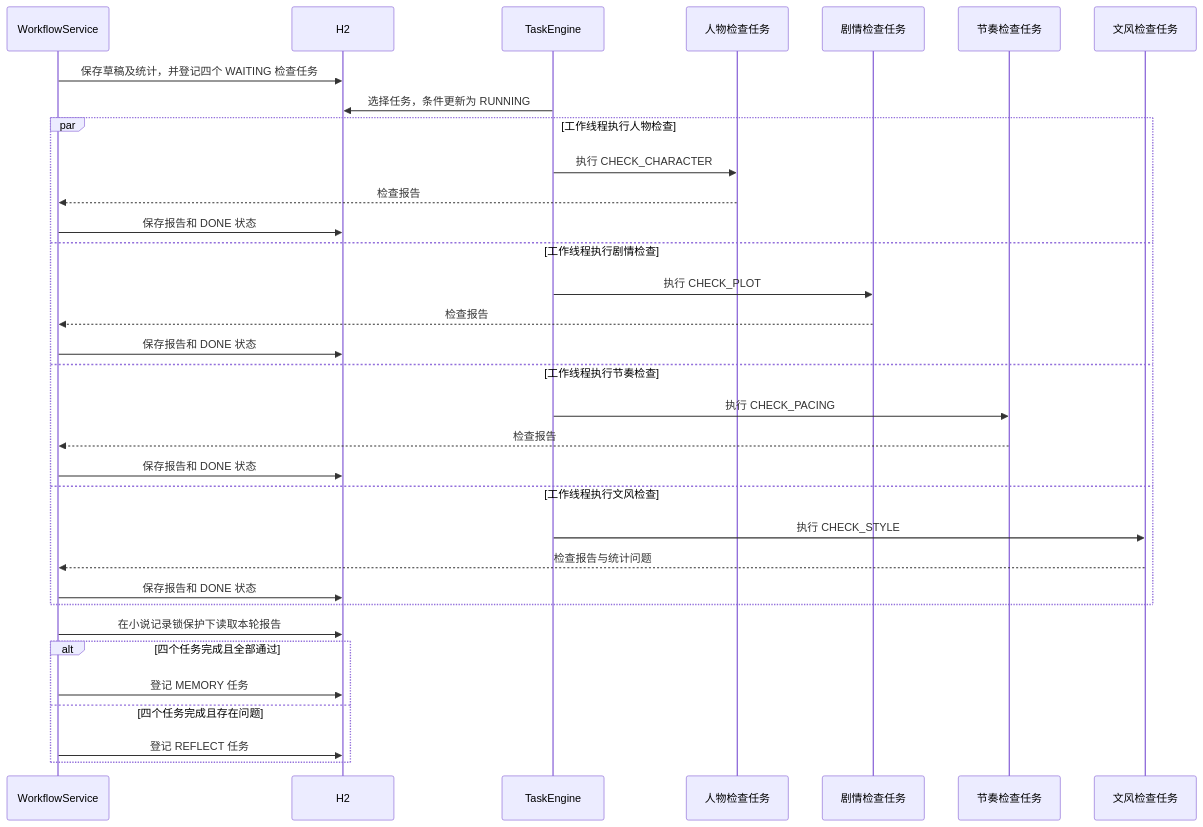
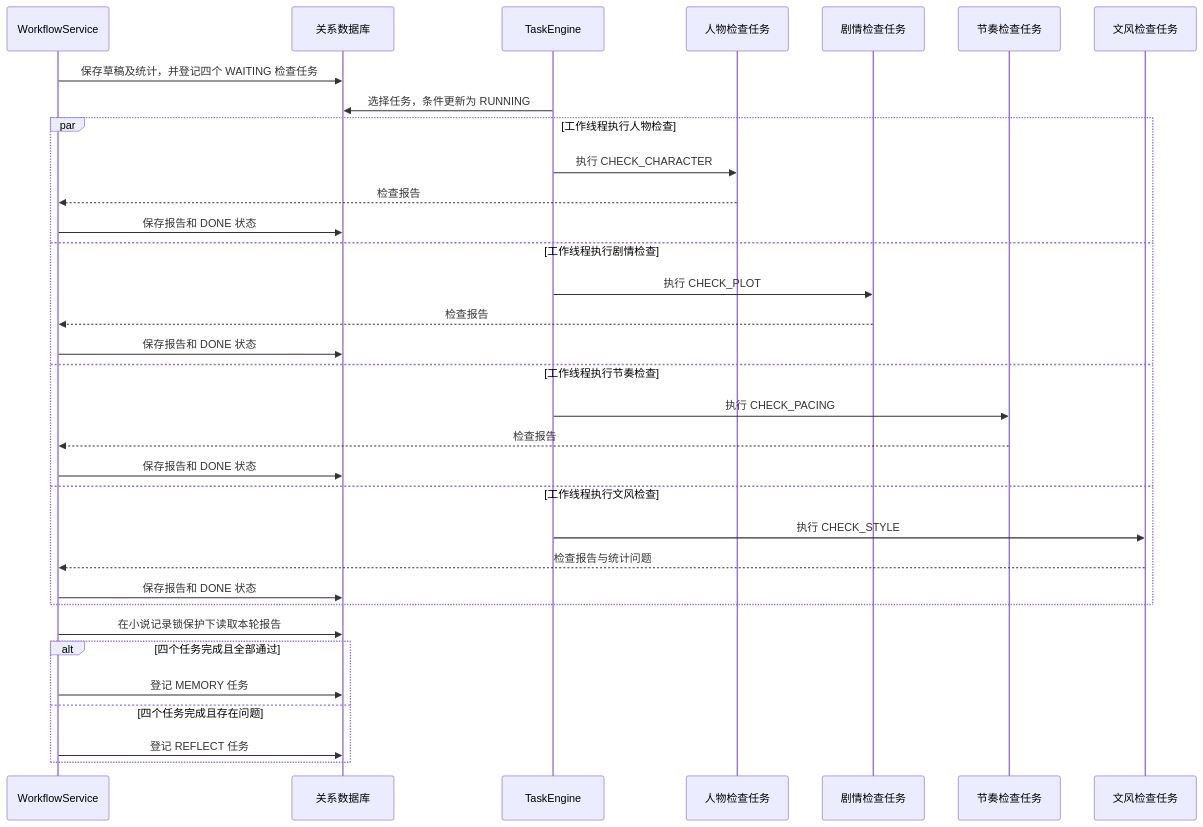
The sixth of 8 diagrams in README.md (ccii1/novel-agent), drawn with Mermaid before and after one commit. The commit also changed other lines of this file and 23 other files, not shown here.

````diff
--- a/README.md
+++ b/README.md
@@ -251,35 +253,35 @@
 ```mermaid
 sequenceDiagram
     participant Workflow as WorkflowService
-    participant DB as H2
+    participant DB as 关系数据库
     participant Engine as TaskEngine
     participant Character as 人物检查任务
     participant Plot as 剧情检查任务
     participant Pacing as 节奏检查任务
     participant Style as 文风检查任务
     Workflow->>DB: 保存草稿及统计，并登记四个 WAITING 检查任务
     Engine->>DB: 选择任务，条件更新为 RUNNING
     par 工作线程执行人物检查
         Engine->>Character: 执行 CHECK_CHARACTER
         Character-->>Workflow: 检查报告
         Workflow->>DB: 保存报告和 DONE 状态
     and 工作线程执行剧情检查
         Engine->>Plot: 执行 CHECK_PLOT
         Plot-->>Workflow: 检查报告
         Workflow->>DB: 保存报告和 DONE 状态
     and 工作线程执行节奏检查
         Engine->>Pacing: 执行 CHECK_PACING
         Pacing-->>Workflow: 检查报告
         Workflow->>DB: 保存报告和 DONE 状态
     and 工作线程执行文风检查
         Engine->>Style: 执行 CHECK_STYLE
         Style-->>Workflow: 检查报告与统计问题
         Workflow->>DB: 保存报告和 DONE 状态
     end
     Workflow->>DB: 在小说记录锁保护下读取本轮报告
     alt 四个任务完成且全部通过
         Workflow->>DB: 登记 MEMORY 任务
     else 四个任务完成且存在问题
         Workflow->>DB: 登记 REFLECT 任务
     end
 ```
````
